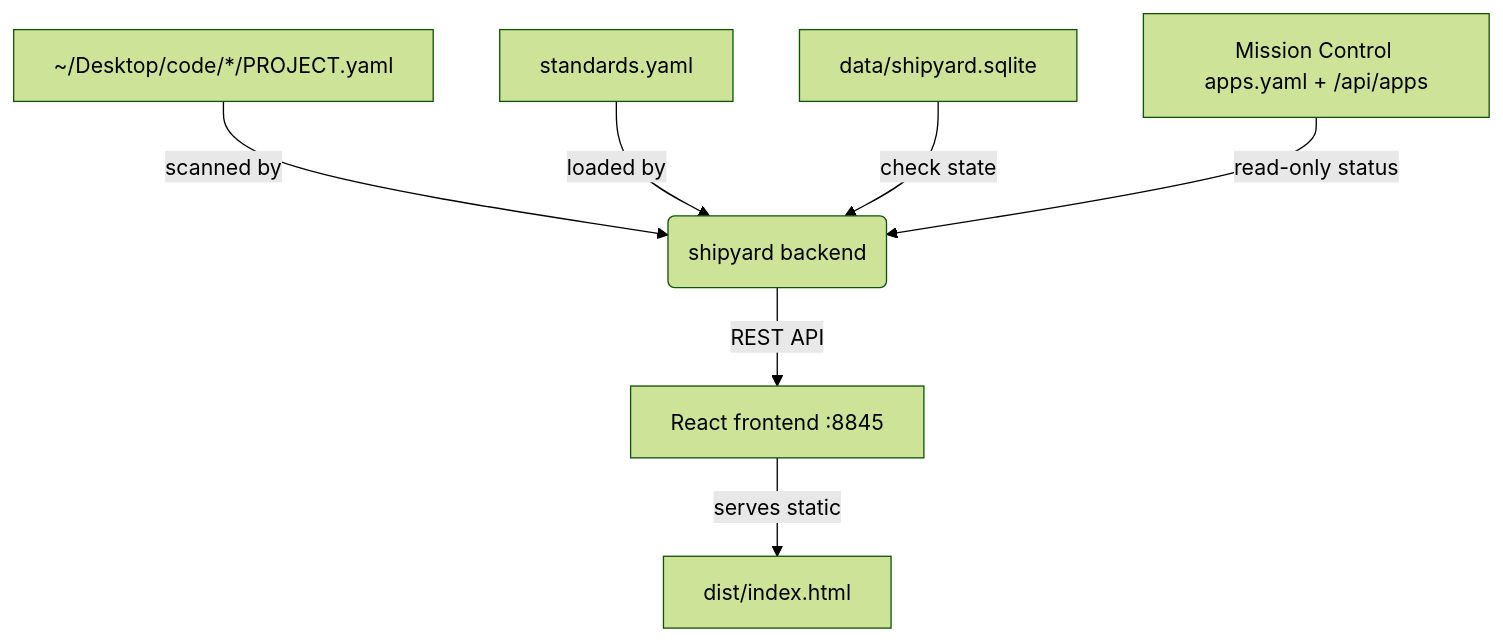
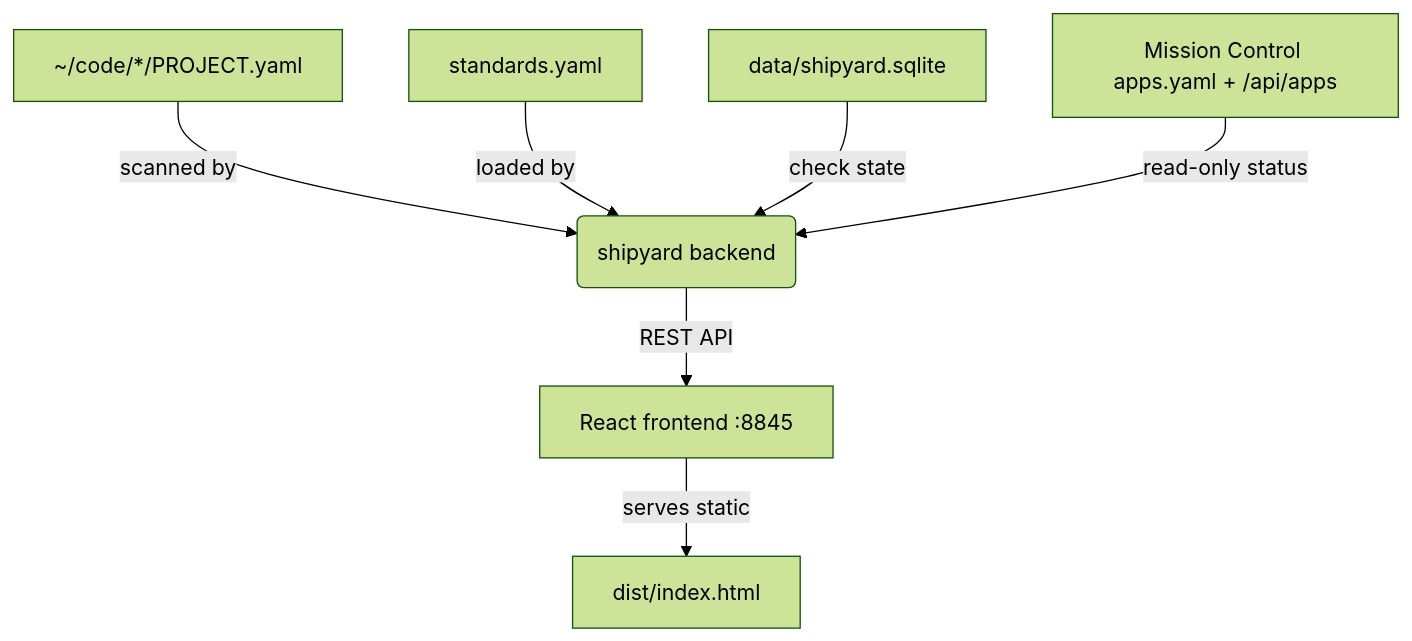
Before and after one commit to Aiden-Ferrante/shipyard-pbtr: the first of 5 diagrams in docs/wiki/shipyard.md, drawn with Mermaid (forest theme). The commit also changed other lines of this file and 2 other files, not shown here.

````diff
--- a/docs/wiki/shipyard.md
+++ b/docs/wiki/shipyard.md
@@ -42,9 +42,9 @@
 ```mermaid
 graph TD
-    A[~/Desktop/code/*/PROJECT.yaml] -->|scanned by| B(shipyard backend)
+    A[~/code/*/PROJECT.yaml] -->|scanned by| B(shipyard backend)
     C[standards.yaml] -->|loaded by| B
     D[data/shipyard.sqlite] -->|check state| B
     E[Mission Control apps.yaml + /api/apps] -->|read-only status| B
     B -->|REST API| F[React frontend :8845]
     F -->|serves static| G[dist/index.html]
 ```
````
